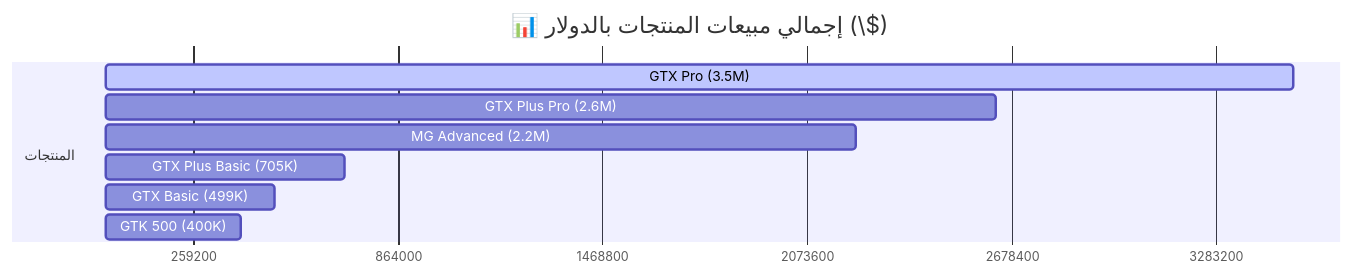
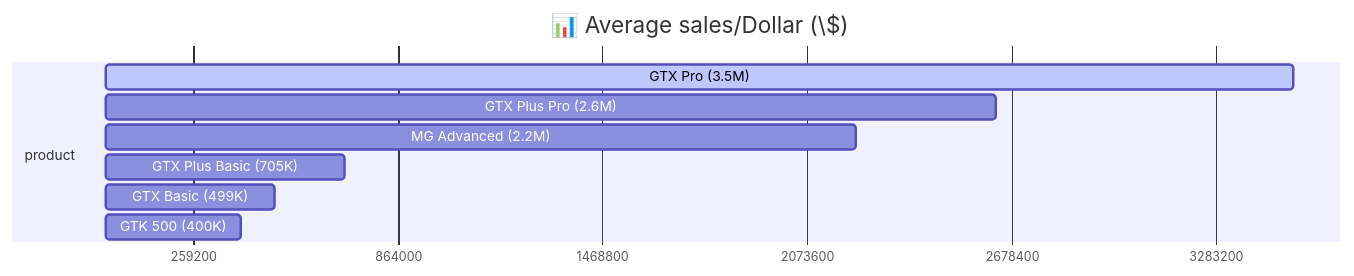
Before and after one commit to rewansalem24-crypto/Full_Report-ppl: the first of 2 diagrams in README.md, drawn with Mermaid. The commit also changed other lines of this file, not shown here.

Commit message:
Update chart titles in README.md

````diff
--- a/README.md
+++ b/README.md
@@ -1,14 +1,14 @@
 ```mermaid
 gantt
-    title 📊 إجمالي مبيعات المنتجات بالدولار (\$)
+    title 📊 Average sales/Dollar (\$)
     dateFormat  X
     axisFormat %s
     
-    section المنتجات
+    section product
     GTX Pro (3.5M)           :active, 0, 3510578
     GTX Plus Pro (2.6M)      : 0, 2629651
     MG Advanced (2.2M)       : 0, 2216387
     GTX Plus Basic (705K)    : 0, 705275
     GTX Basic (499K)         : 0, 499263
     GTK 500 (400K)           : 0, 400612
 ```
````
